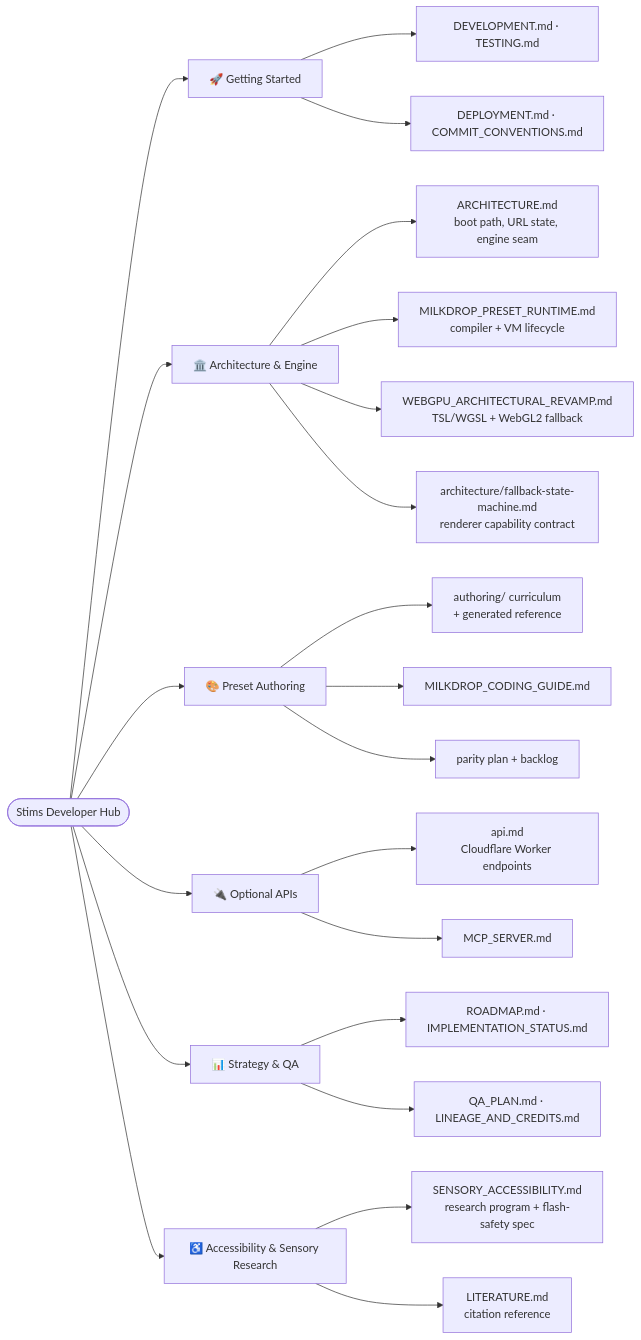
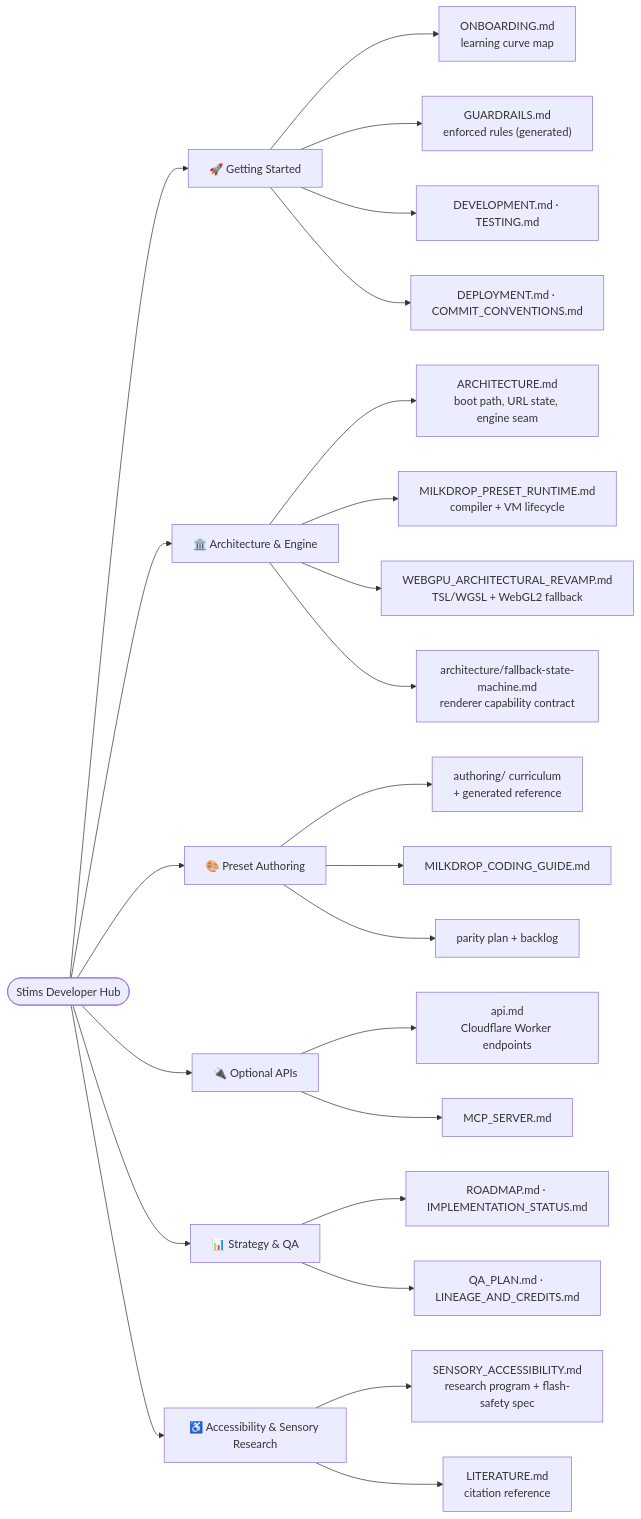
Before and after one commit to zz-plant/stims: the diagram in docs/README.md, drawn with Mermaid. The commit also changed other lines of this file and 47 other files, not shown here.

First line of the commit message:
Onboarding: map the learning curve, then close the two gaps it found (#1119)

````diff
--- a/docs/README.md
+++ b/docs/README.md
@@ -11,32 +11,34 @@
 ```mermaid
 flowchart LR
   Start(["Stims Developer Hub"])
 
   Start --> GS["🚀 Getting Started"]
   Start --> Arch["🏛️ Architecture & Engine"]
   Start --> Preset["🎨 Preset Authoring"]
   Start --> API["🔌 Optional APIs"]
   Start --> Strat["📊 Strategy & QA"]
   Start --> Access["♿ Accessibility & Sensory Research"]
 
+  GS --> GS0["ONBOARDING.md<br/>learning curve map"]
+  GS --> GS3["GUARDRAILS.md<br/>enforced rules (generated)"]
   GS --> GS1["DEVELOPMENT.md · TESTING.md"]
   GS --> GS2["DEPLOYMENT.md · COMMIT_CONVENTIONS.md"]
 
   Arch --> A1["ARCHITECTURE.md<br/>boot path, URL state, engine seam"]
   Arch --> A2["MILKDROP_PRESET_RUNTIME.md<br/>compiler + VM lifecycle"]
   Arch --> A3["WEBGPU_ARCHITECTURAL_REVAMP.md<br/>TSL/WGSL + WebGL2 fallback"]
   Arch --> A4["architecture/fallback-state-machine.md<br/>renderer capability contract"]
 
   Preset --> P0["authoring/ curriculum<br/>+ generated reference"]
   Preset --> P1["MILKDROP_CODING_GUIDE.md"]
   Preset --> P2["parity plan + backlog"]
 
   API --> E1["api.md<br/>Cloudflare Worker endpoints"]
   API --> E2["MCP_SERVER.md"]
 
   Access --> AC1["SENSORY_ACCESSIBILITY.md<br/>research program + flash-safety spec"]
   Access --> AC2["LITERATURE.md<br/>citation reference"]
 
   Strat --> S1["ROADMAP.md · IMPLEMENTATION_STATUS.md"]
   Strat --> S2["QA_PLAN.md · LINEAGE_AND_CREDITS.md"]
 ```
````
